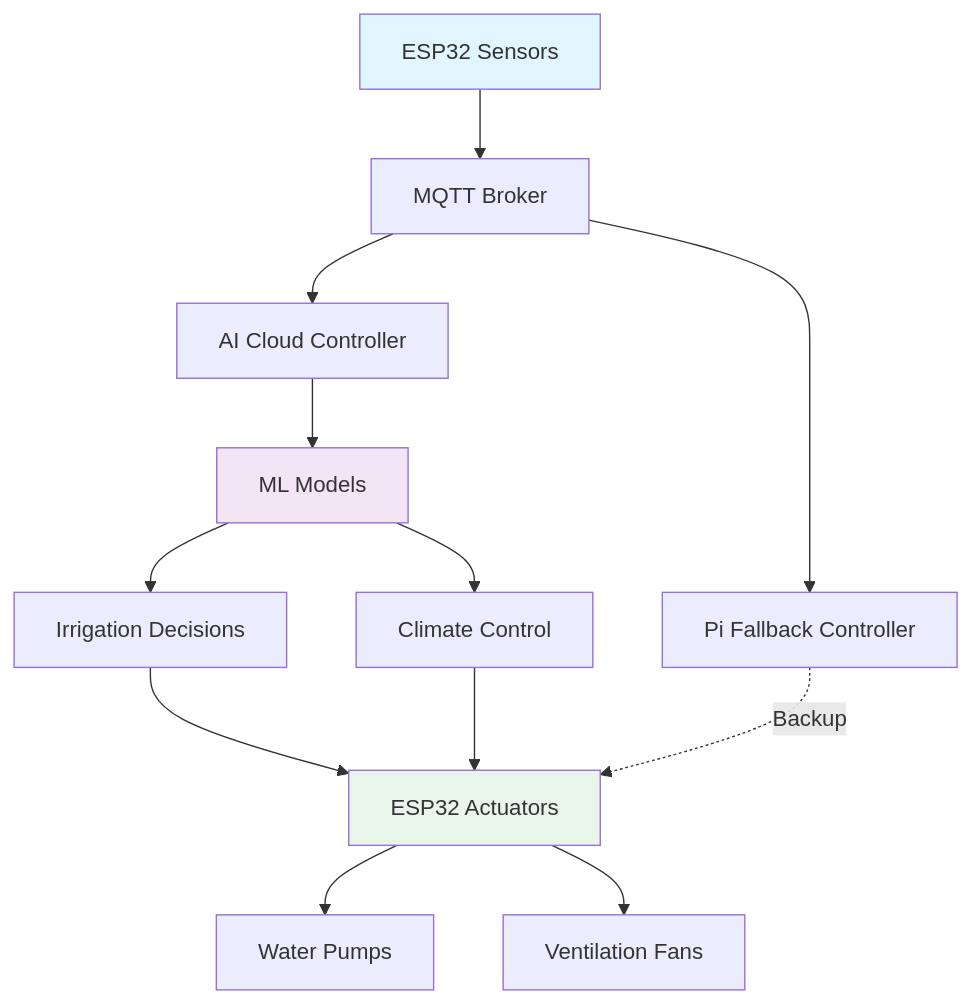
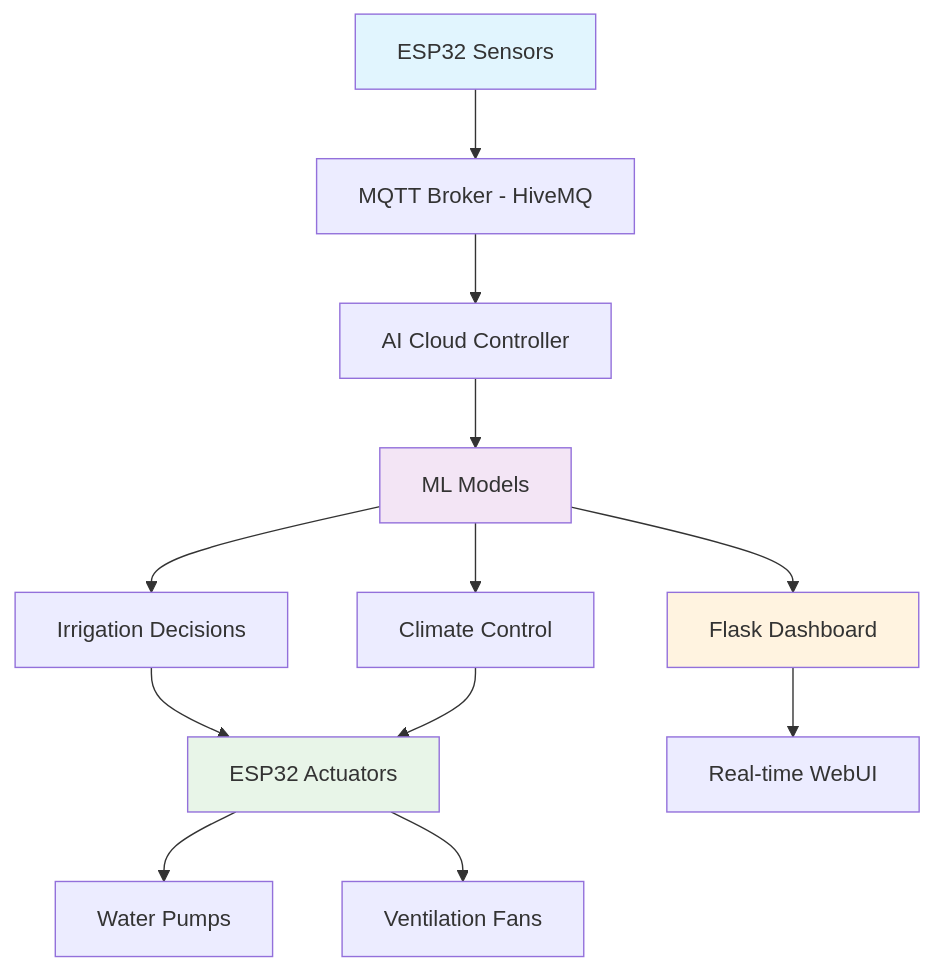
The diagram in README.md (jyotirmayc/Nanites-Greenhouse-Control-System), drawn with Mermaid before and after one commit. The commit also changed other lines of this file and 6 other files, not shown here.

````diff
--- a/README.md
+++ b/README.md
@@ -50,18 +44,19 @@
 ```mermaid
 flowchart TD
-    A[ESP32 Sensors] --> B[MQTT Broker]
+    A[ESP32 Sensors] --> B[MQTT Broker - HiveMQ]
     B --> C[AI Cloud Controller]
-    B --> D[Pi Fallback Controller] 
-    C --> E[ML Models]
-    E --> F[Irrigation Decisions]
-    E --> G[Climate Control]
+    C --> D[ML Models]
+    D --> E[Flask Dashboard]
+    D --> F[Irrigation Decisions]
+    D --> G[Climate Control]
     F --> H[ESP32 Actuators]
     G --> H
-    D -.->|Backup| H
-    H --> I[Water Pumps]
-    H --> J[Ventilation Fans]
+    E --> I[Real-time WebUI]
+    H --> J[Water Pumps]
+    H --> K[Ventilation Fans]
     
     style A fill:#e1f5fe
-    style E fill:#f3e5f5  
+    style D fill:#f3e5f5  
+    style E fill:#fff3e0
     style H fill:#e8f5e8
 ```
````
